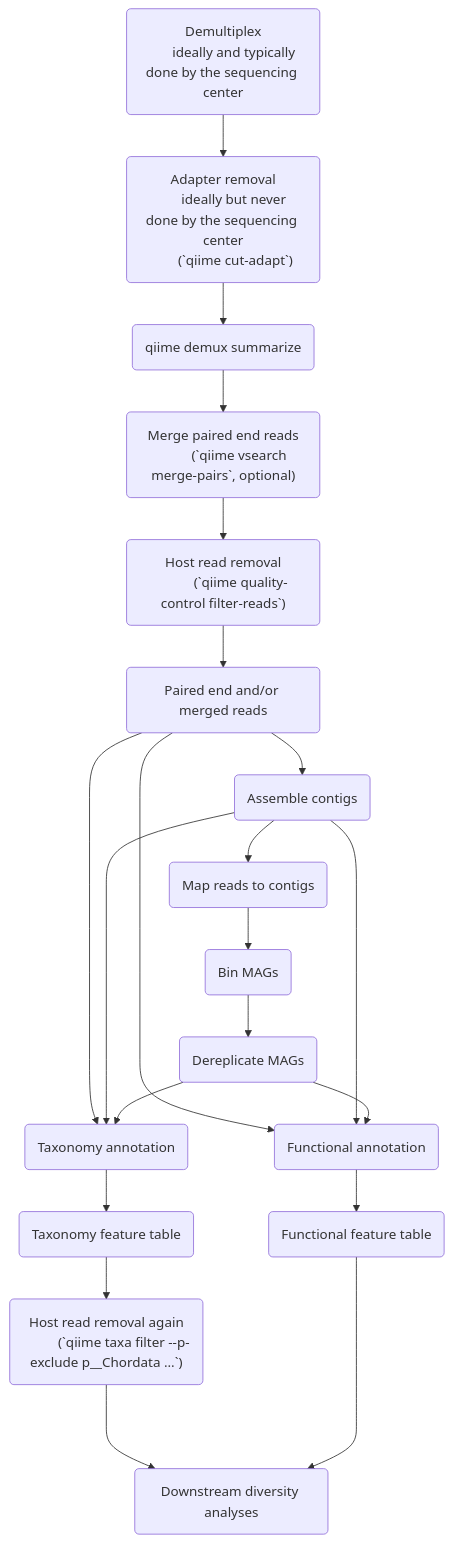
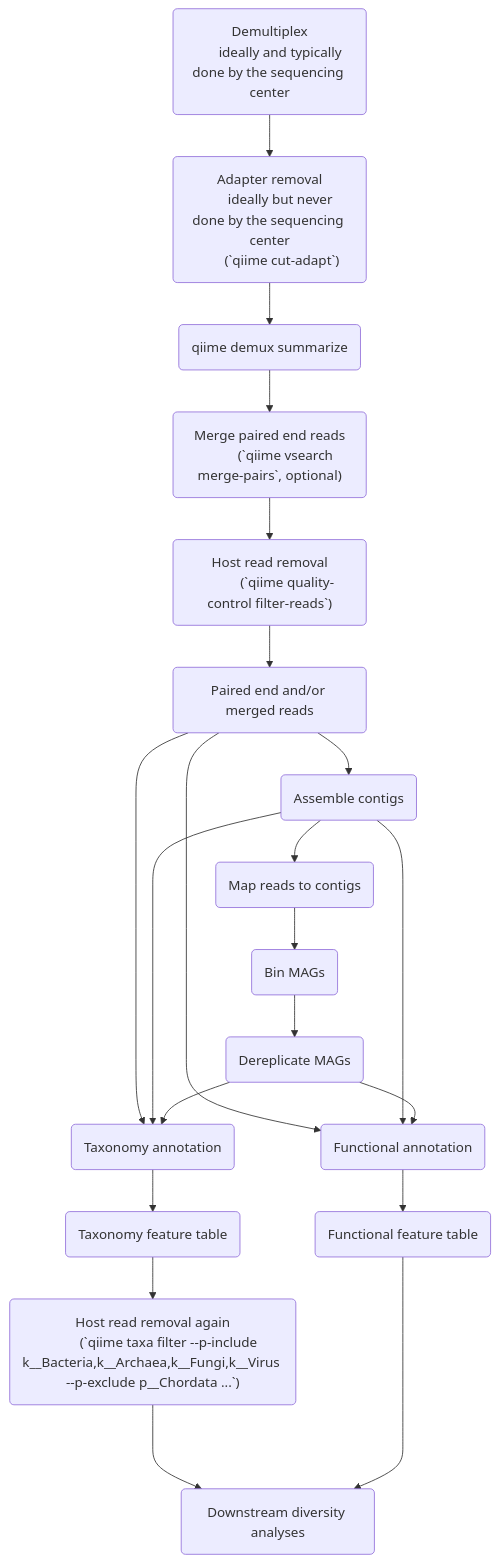
The diagram in q2-shotgun/q2-shotgun/91-workflow-diagram.md (caporaso-lab/q2-books), drawn with Mermaid before and after one commit.

Commit message:
update example filtering command in flowchart

````diff
--- a/q2-shotgun/q2-shotgun/91-workflow-diagram.md
+++ b/q2-shotgun/q2-shotgun/91-workflow-diagram.md
@@ -6,31 +6,31 @@
 ```mermaid
 flowchart TD;
     a("Demultiplex
        ideally and typically done by the sequencing center");
     b("Adapter removal
        ideally but never done by the sequencing center
        (`qiime cut-adapt`)");
     a-->b;
     b-->c("`qiime demux summarize`");
     c-->d("Merge paired end reads
           (`qiime vsearch merge-pairs`, optional)");
     d-->e("Host read removal
           (`qiime quality-control filter-reads`)");
     e-->f("Paired end and/or merged reads");
     f-->g("Assemble contigs");
     g-->h("Map reads to contigs");
     h-->i("Bin MAGs");
     i-->n("Dereplicate MAGs");
     f-->j("Taxonomy annotation");
     j-->k("Taxonomy feature table");
     k-->o("Host read removal again
-          (`qiime taxa filter --p-exclude p__Chordata ...`)")
+          (`qiime taxa filter --p-include k__Bacteria,k__Archaea,k__Fungi,k__Virus --p-exclude p__Chordata ...`)")
     o-->p("Downstream diversity analyses");
     f-->l("Functional annotation");
     l-->m("Functional feature table");
     m-->p;
     g-->j;
     g-->l;
     n-->j;
     n-->l;
 ```
````
